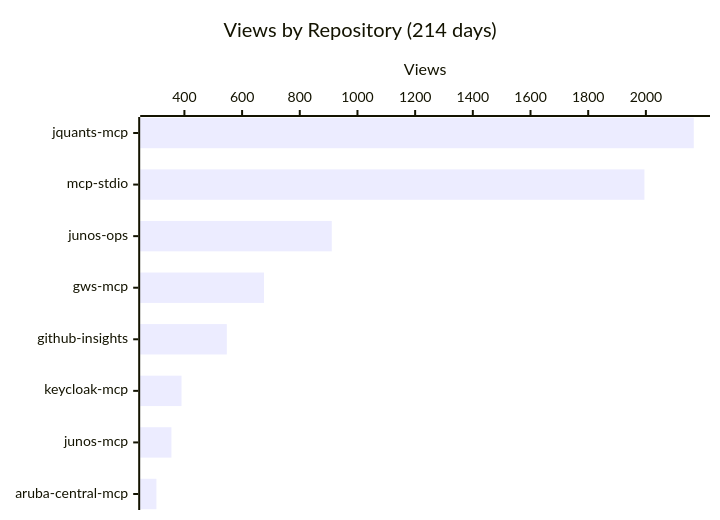
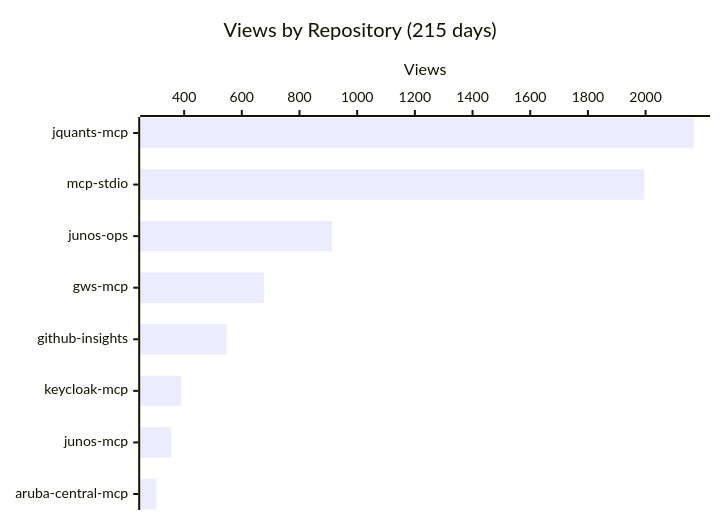
Before and after one commit to shigechika/github-insights: the first of 4 diagrams in README.md, drawn with Mermaid. The commit also changed other lines of this file and 2 other files, not shown here.

````diff
--- a/README.md
+++ b/README.md
@@ -18,7 +18,7 @@
 ```mermaid
 xychart-beta horizontal
-    title "Views by Repository (214 days)"
+    title "Views by Repository (215 days)"
     x-axis ["jquants-mcp", "mcp-stdio", "junos-ops", "gws-mcp", "github-insights", "keycloak-mcp", "junos-mcp", "aruba-central-mcp"]
     y-axis "Views"
-    bar [2166, 1995, 911, 676, 547, 390, 355, 303]
+    bar [2167, 1996, 913, 677, 547, 390, 355, 304]
 ```
````
